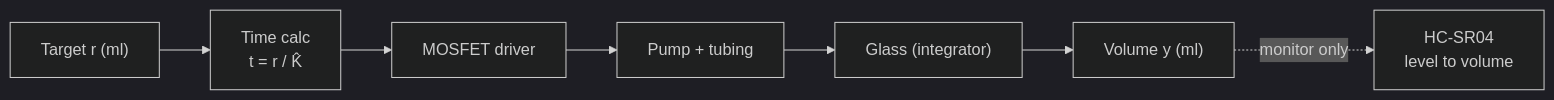
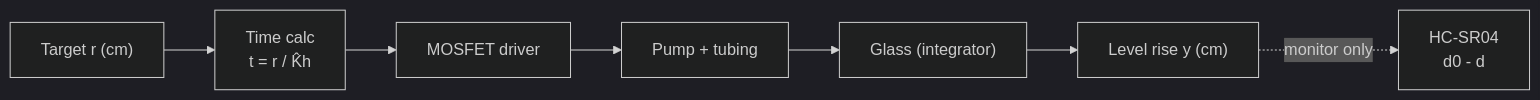
One commit to Rollie321/acads-notes changed the first of 3 diagrams in Feedback/Finals/Project/project-1/01-project-overview.md. Above: the diagram before and after it, drawn with Mermaid (dark theme). The commit also changed other lines of this file and 6 other files, not shown here.

````diff
--- a/Feedback/Finals/Project/project-1/01-project-overview.md
+++ b/Feedback/Finals/Project/project-1/01-project-overview.md
@@ -65,9 +65,9 @@
 ```mermaid
 flowchart LR
-    R["Target r (ml)"] --> T["Time calc<br/>t = r / K̂"]
+    R["Target r (cm)"] --> T["Time calc<br/>t = r / K̂h"]
     T --> D["MOSFET driver"]
     D --> P["Pump + tubing"]
     P --> G["Glass (integrator)"]
-    G --> Y["Volume y (ml)"]
-    Y -.->|"monitor only"| M["HC-SR04<br/>level to volume"]
+    G --> Y["Level rise y (cm)"]
+    Y -.->|"monitor only"| M["HC-SR04<br/>d0 - d"]
 ```
````
